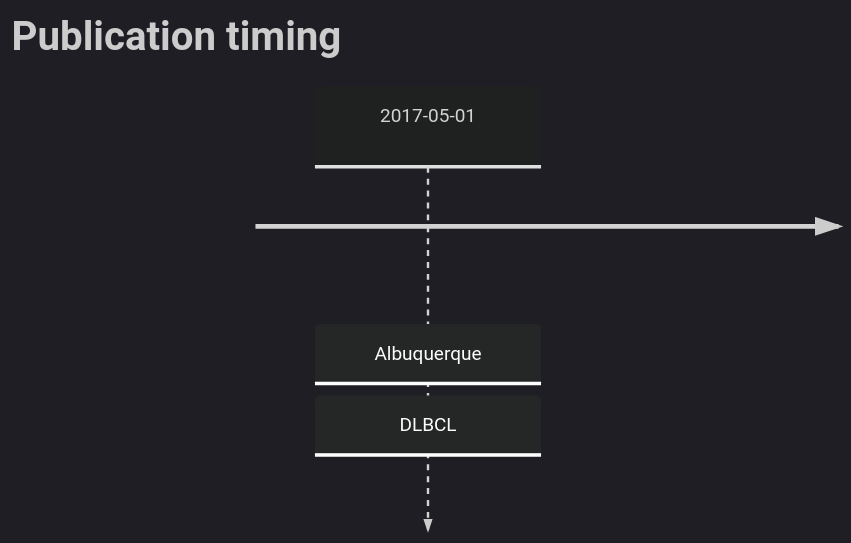
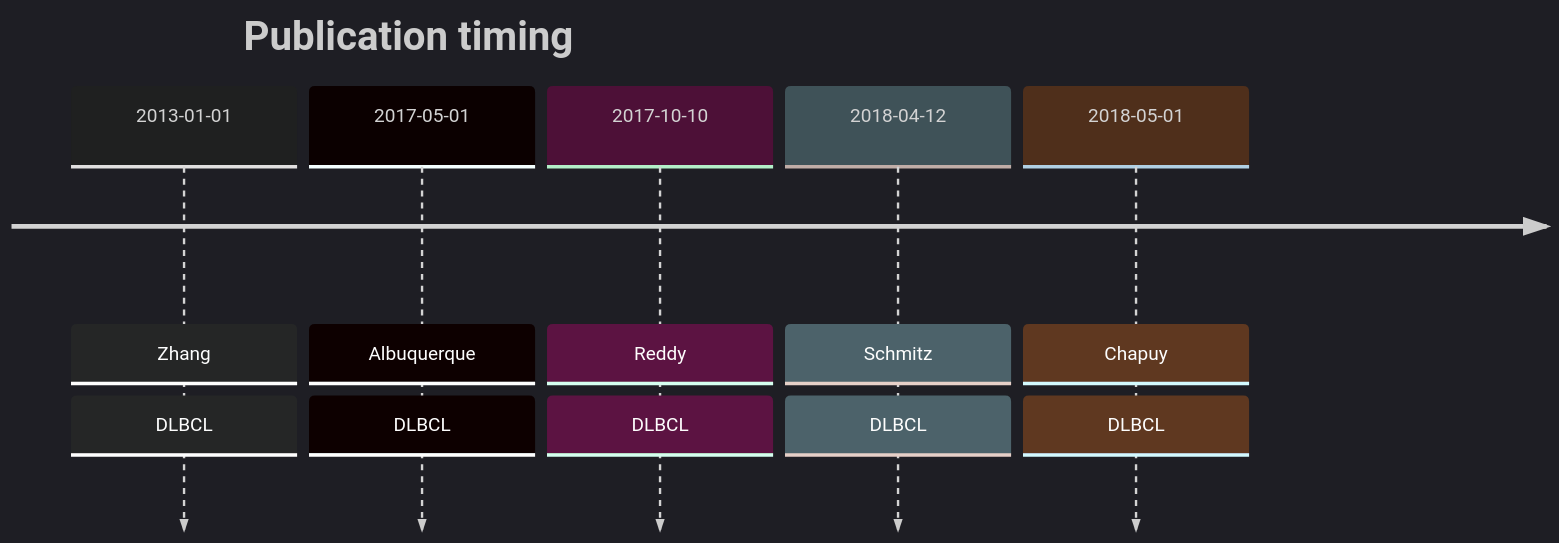
The diagram in TMSB4X.md (morinlab/lymphopedia), drawn with Mermaid before and after one commit. The commit also changed other lines of this file and 1 other file, not shown here.

Commit message:
update tables

````diff
--- a/TMSB4X.md
+++ b/TMSB4X.md
@@ -13,6 +13,10 @@
 ```mermaid
 %%{init: { 'logLevel': 'debug', 'theme': 'dark' } }%%
 timeline
     title Publication timing
-      2017-05-01 : Albuquerque : DLBCL
+2013-01-01 : Zhang : DLBCL
+2017-05-01 : Albuquerque : DLBCL
+2017-10-10 : Reddy : DLBCL
+2018-04-12 : Schmitz : DLBCL
+2018-05-01 : Chapuy : DLBCL
 ```
````
